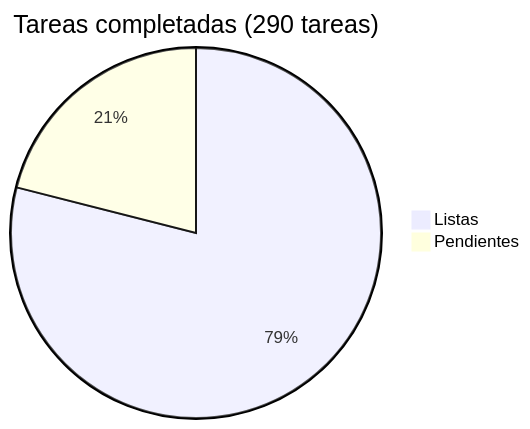
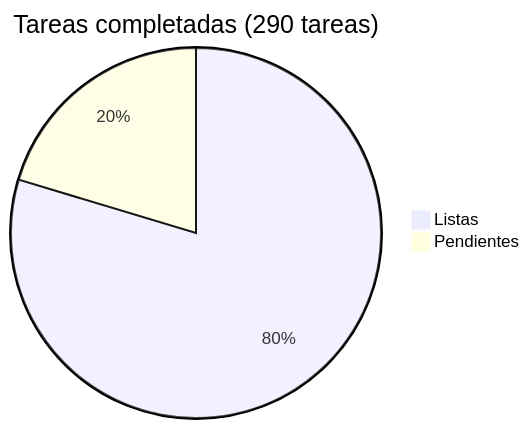
Before and after one commit to araguaney-lat/araguaney: the diagram in docs/roadmap/README.md, drawn with Mermaid. The commit also changed other lines of this file and 10 other files, not shown here.

````diff
--- a/docs/roadmap/README.md
+++ b/docs/roadmap/README.md
@@ -5,5 +5,5 @@
 ```mermaid
 pie title Tareas completadas (290 tareas)
-    "Listas" : 229
-    "Pendientes" : 61
+    "Listas" : 231
+    "Pendientes" : 59
 ```
````
